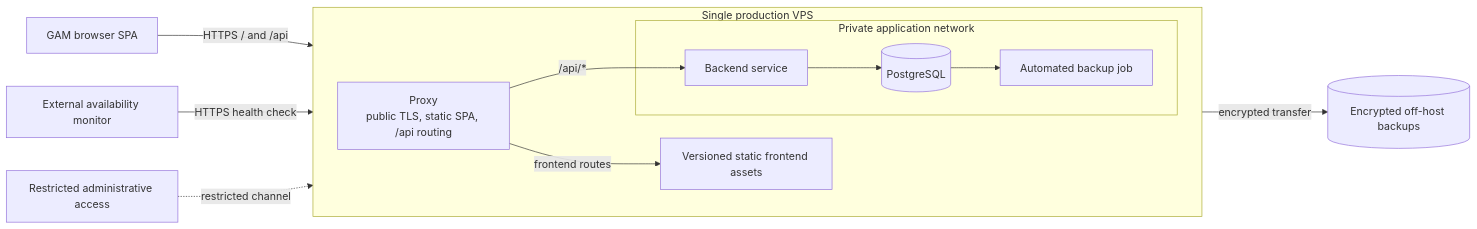
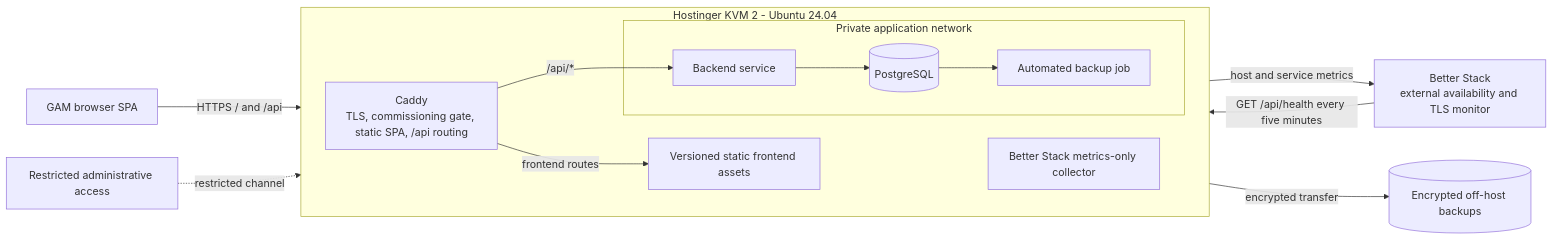
Before and after one commit to DudsFerraz/GAM-backend-API: the diagram in docs/diagrams/initial-production-topology.md, drawn with Mermaid. The commit also changed other lines of this file and 13 other files, not shown here.

````diff
--- a/docs/diagrams/initial-production-topology.md
+++ b/docs/diagrams/initial-production-topology.md
@@ -5,29 +5,31 @@
 ```mermaid
 flowchart LR
     Browser["GAM browser SPA"]
-    Monitor["External availability monitor"]
+    Monitor["Better Stack<br/>external availability and TLS monitor"]
     Admin["Restricted administrative access"]
     BackupStore[("Encrypted off-host backups")]
 
-    subgraph VPS["Single production VPS"]
+    subgraph VPS["Hostinger KVM 2 - Ubuntu 24.04"]
         direction LR
-        Proxy["Proxy<br/>public TLS, static SPA, /api routing"]
+        Proxy["Caddy<br/>TLS, commissioning gate, static SPA, /api routing"]
         Static["Versioned static frontend assets"]
+        Collector["Better Stack metrics-only collector"]
 
         subgraph Private["Private application network"]
             Backend["Backend service"]
             Database[("PostgreSQL")]
             BackupJob["Automated backup job"]
         end
 
         Proxy -->|"frontend routes"| Static
         Proxy -->|"/api/*"| Backend
         Backend --> Database
         Database --> BackupJob
     end
 
     Browser -->|"HTTPS / and /api"| Proxy
-    Monitor -->|"HTTPS health check"| Proxy
+    Monitor -->|"GET /api/health every five minutes"| Proxy
+    Collector -->|"host and service metrics"| Monitor
     Admin -. "restricted channel" .-> VPS
     BackupJob -->|"encrypted transfer"| BackupStore
 ```
````
